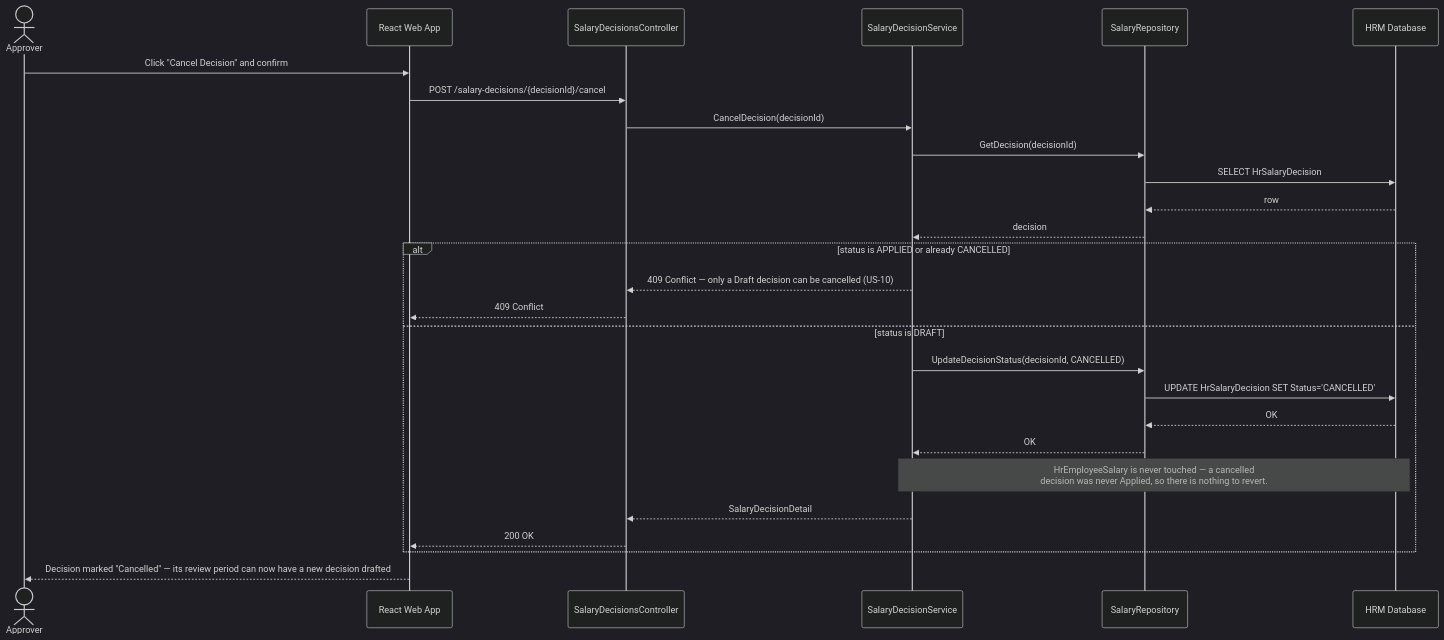
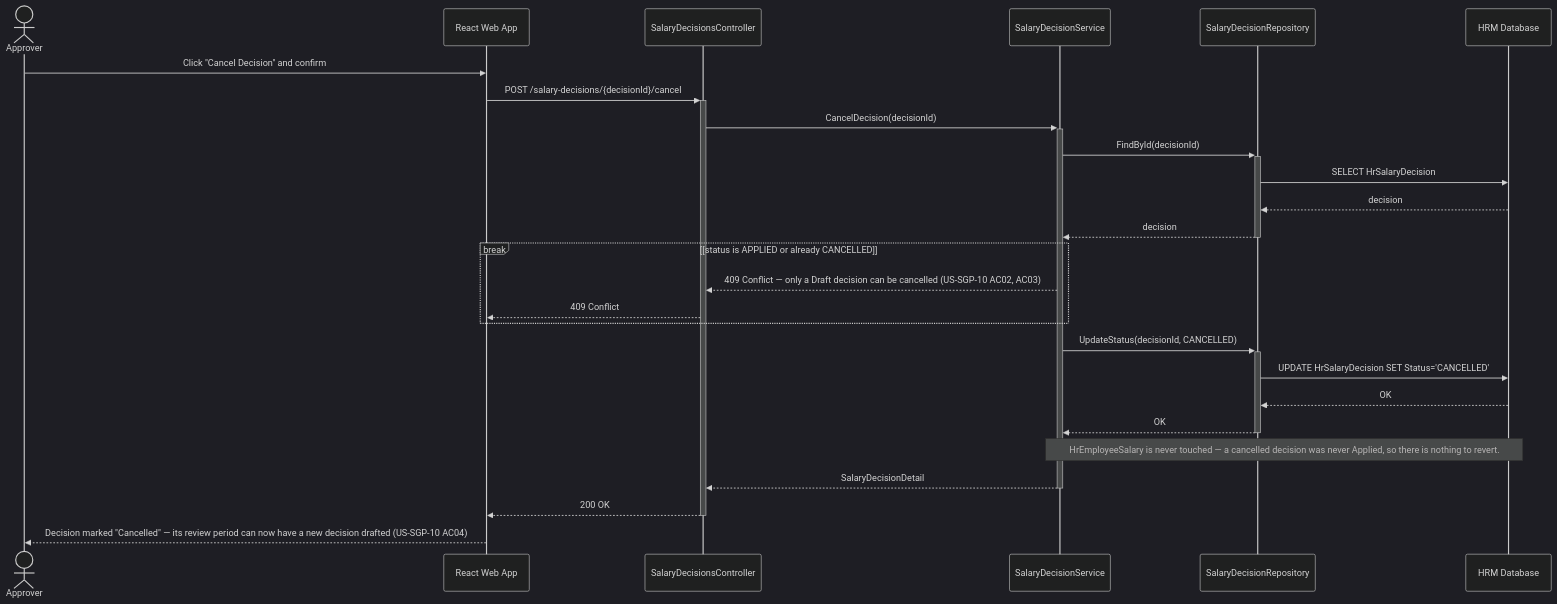
Diagram 20 of 20 in Docs/DetailedDesign/SequenceDiagrams.md (sang2197/QuanLyNhanSu-NguyenVanSang), drawn with Mermaid (dark theme) before and after one commit. The commit also changed other lines of this file and 30 other files, not shown here.

````diff
--- a/Docs/DetailedDesign/SequenceDiagrams.md
+++ b/Docs/DetailedDesign/SequenceDiagrams.md
@@ -273,30 +862,29 @@
 ```mermaid
 sequenceDiagram
     actor APR as Approver
     participant FE as React Web App
     participant API as SalaryDecisionsController
     participant SVC as SalaryDecisionService
-    participant REPO as SalaryRepository
+    participant REPO as SalaryDecisionRepository
     participant DB as HRM Database
 
     APR->>FE: Click "Cancel Decision" and confirm
-    FE->>API: POST /salary-decisions/{decisionId}/cancel
-    API->>SVC: CancelDecision(decisionId)
-    SVC->>REPO: GetDecision(decisionId)
+    FE->>+API: POST /salary-decisions/{decisionId}/cancel
+    API->>+SVC: CancelDecision(decisionId)
+    SVC->>+REPO: FindById(decisionId)
     REPO->>DB: SELECT HrSalaryDecision
-    DB-->>REPO: row
-    REPO-->>SVC: decision
-    alt status is APPLIED or already CANCELLED
-        SVC-->>API: 409 Conflict — only a Draft decision can be cancelled (US-10)
+    DB-->>REPO: decision
+    REPO-->>-SVC: decision
+    break [status is APPLIED or already CANCELLED]
+        SVC-->>API: 409 Conflict — only a Draft decision can be cancelled (US-SGP-10 AC02, AC03)
         API-->>FE: 409 Conflict
-    else status is DRAFT
-        SVC->>REPO: UpdateDecisionStatus(decisionId, CANCELLED)
-        REPO->>DB: UPDATE HrSalaryDecision SET Status='CANCELLED'
-        DB-->>REPO: OK
-        REPO-->>SVC: OK
-        Note over SVC,DB: HrEmployeeSalary is never touched — a cancelled<br/>decision was never Applied, so there is nothing to revert.
-        SVC-->>API: SalaryDecisionDetail
-        API-->>FE: 200 OK
     end
-    FE-->>APR: Decision marked "Cancelled" — its review period can now have a new decision drafted
+    SVC->>+REPO: UpdateStatus(decisionId, CANCELLED)
+    REPO->>DB: UPDATE HrSalaryDecision SET Status='CANCELLED'
+    DB-->>REPO: OK
+    REPO-->>-SVC: OK
+    Note over SVC,DB: HrEmployeeSalary is never touched — a cancelled decision was never Applied, so there is nothing to revert.
+    SVC-->>-API: SalaryDecisionDetail
+    API-->>-FE: 200 OK
+    FE-->>APR: Decision marked "Cancelled" — its review period can now have a new decision drafted (US-SGP-10 AC04)
 ```
````
